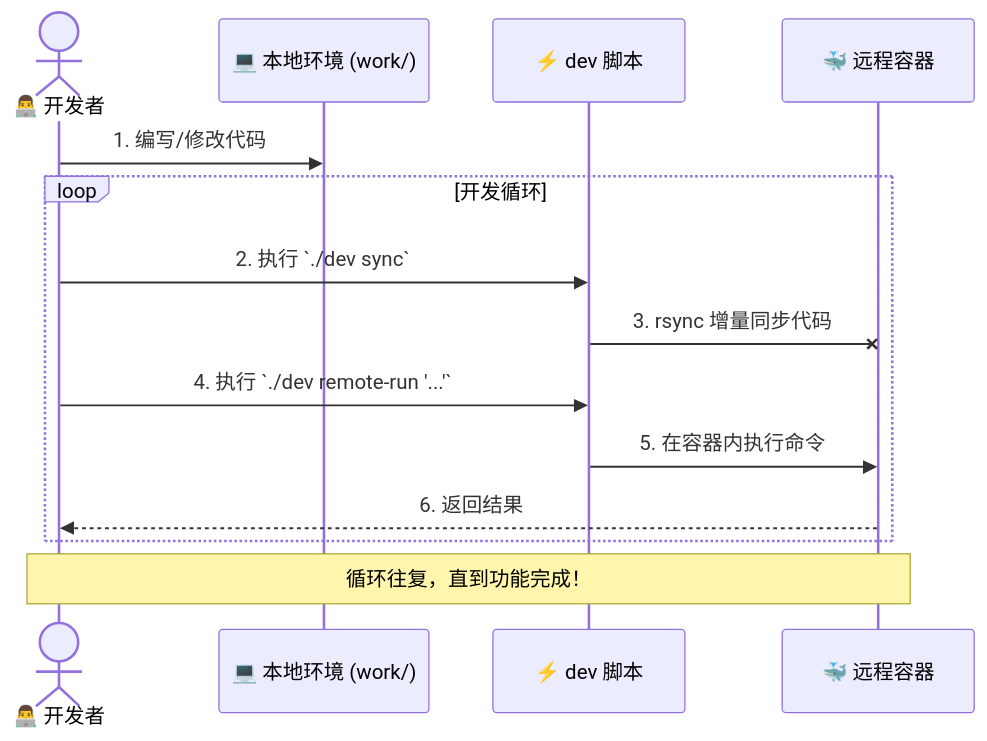
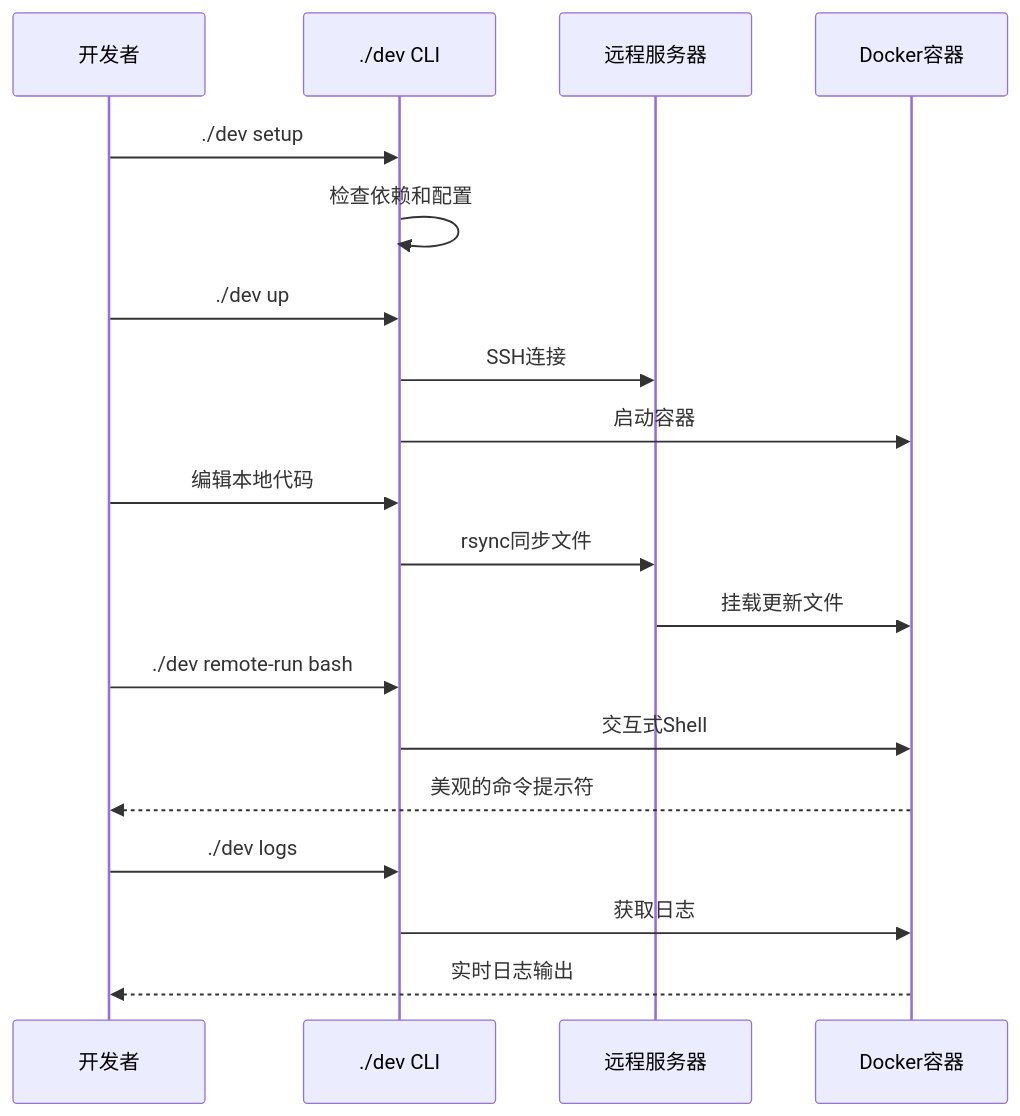
The second of 2 diagrams in README.md (Zhang-Jingdian/remote-dev), drawn with Mermaid before and after one commit. The commit also changed other lines of this file and 16 other files, not shown here.

````diff
--- a/README.md
+++ b/README.md
@@ -72,20 +55,26 @@
 ```mermaid
 sequenceDiagram
-    actor Dev as 👨‍💻 开发者
-    participant Local as 💻 本地环境 (work/)
-    participant CLI as ⚡ dev 脚本
-    participant Remote as 🐳 远程容器
-
-    Dev->>Local: 1. 编写/修改代码
+    participant Dev as 开发者
+    participant CLI as ./dev CLI
+    participant Remote as 远程服务器
+    participant Docker as Docker容器
     
-    loop 开发循环
-        Dev->>CLI: 2. 执行 `./dev sync`
-        CLI-xRemote: 3. rsync 增量同步代码
-        
-        Dev->>CLI: 4. 执行 `./dev remote-run '...'`
-        CLI->>Remote: 5. 在容器内执行命令
-        Remote-->>Dev: 6. 返回结果
-    end
-
-    Note over Dev,Remote: 循环往复，直到功能完成！
+    Dev->>CLI: ./dev setup
+    CLI->>CLI: 检查依赖和配置
+    
+    Dev->>CLI: ./dev up
+    CLI->>Remote: SSH连接
+    CLI->>Docker: 启动容器
+    
+    Dev->>CLI: 编辑本地代码
+    CLI->>Remote: rsync同步文件
+    Remote->>Docker: 挂载更新文件
+    
+    Dev->>CLI: ./dev remote-run bash
+    CLI->>Docker: 交互式Shell
+    Docker-->>Dev: 美观的命令提示符
+    
+    Dev->>CLI: ./dev logs
+    CLI->>Docker: 获取日志
+    Docker-->>Dev: 实时日志输出
 ```
````
